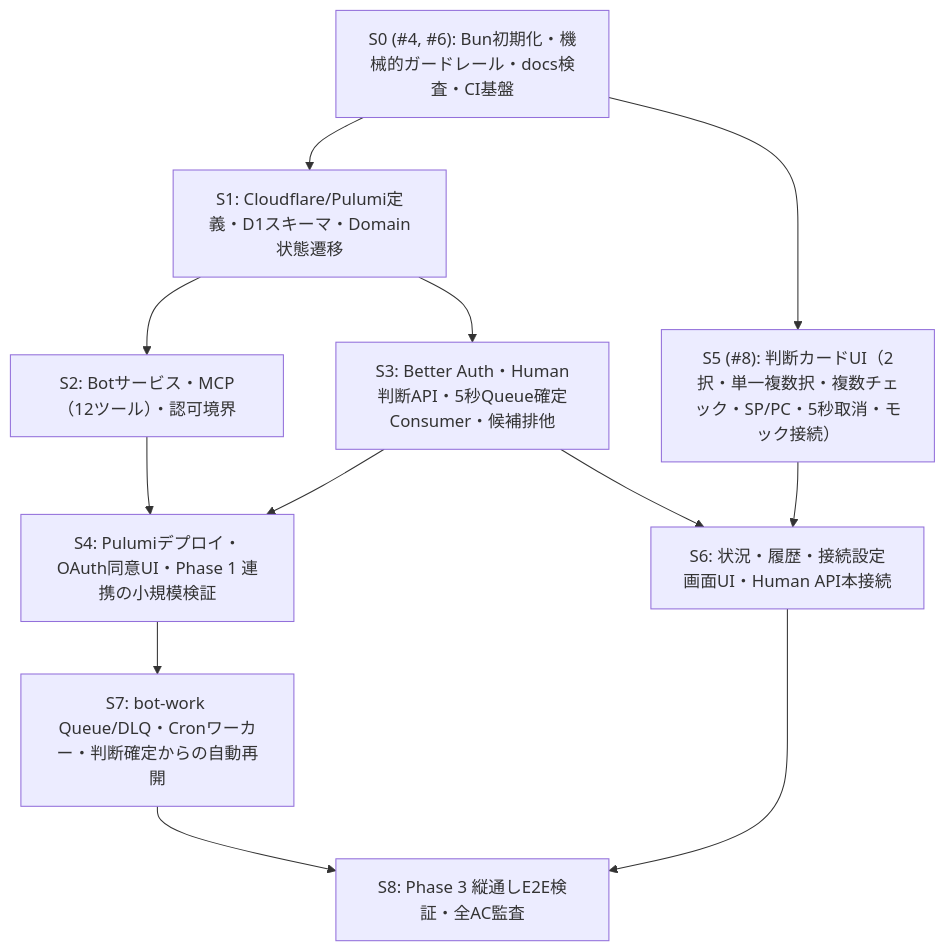
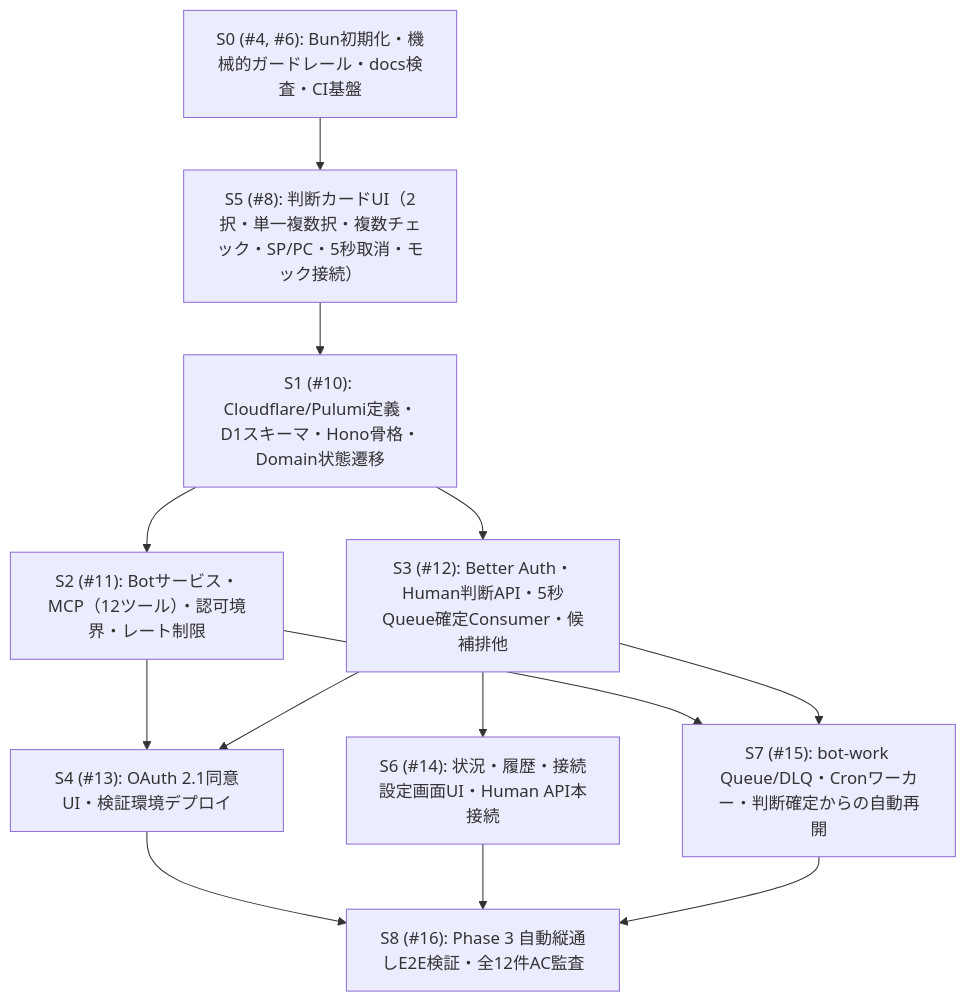
One commit to kkyosuke/bot-board changed the diagram in docs/implementation-plan.md. Above: the diagram before and after it, drawn with Mermaid. The commit also changed other lines of this file and 38 other files, not shown here.

First line of the commit message:
feat(s1): Cloudflare/Pulumi IaC・D1スキーマ・guardedBatch・Hono骨格・Domain状態遷移 (#23)

````diff
--- a/docs/implementation-plan.md
+++ b/docs/implementation-plan.md
@@ -9,14 +9,15 @@
 ```mermaid
 flowchart TD
-  S0["S0 (#4, #6): Bun初期化・機械的ガードレール・docs検査・CI基盤"] --> S1["S1: Cloudflare/Pulumi定義・D1スキーマ・Domain状態遷移"]
-  S0 --> S5["S5 (#8): 判断カードUI（2択・単一複数択・複数チェック・SP/PC・5秒取消・モック接続）"]
-  S1 --> S2["S2: Botサービス・MCP（12ツール）・認可境界"]
-  S1 --> S3["S3: Better Auth・Human判断API・5秒Queue確定Consumer・候補排他"]
-  S2 --> S4["S4: Pulumiデプロイ・OAuth同意UI・Phase 1 連携の小規模検証"]
+  S0["S0 (#4, #6): Bun初期化・機械的ガードレール・docs検査・CI基盤"] --> S5["S5 (#8): 判断カードUI（2択・単一複数択・複数チェック・SP/PC・5秒取消・モック接続）"]
+  S5 --> S1["S1 (#10): Cloudflare/Pulumi定義・D1スキーマ・Hono骨格・Domain状態遷移"]
+  S1 --> S2["S2 (#11): Botサービス・MCP（12ツール）・認可境界・レート制限"]
+  S1 --> S3["S3 (#12): Better Auth・Human判断API・5秒Queue確定Consumer・候補排他"]
+  S2 --> S4["S4 (#13): OAuth 2.1同意UI・検証環境デプロイ"]
   S3 --> S4
-  S3 --> S6["S6: 状況・履歴・接続設定画面UI・Human API本接続"]
-  S5 --> S6
-  S4 --> S7["S7: bot-work Queue/DLQ・Cronワーカー・判断確定からの自動再開"]
-  S6 --> S8["S8: Phase 3 縦通しE2E検証・全AC監査"]
+  S3 --> S6["S6 (#14): 状況・履歴・接続設定画面UI・Human API本接続"]
+  S2 --> S7["S7 (#15): bot-work Queue/DLQ・Cronワーカー・判断確定からの自動再開"]
+  S3 --> S7
+  S4 --> S8["S8 (#16): Phase 3 自動縦通しE2E検証・全12件AC監査"]
+  S6 --> S8
   S7 --> S8
 ```
````
